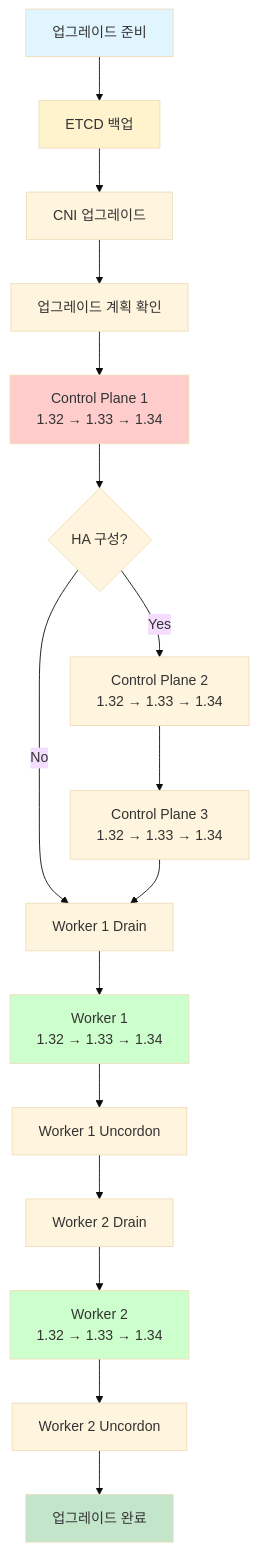
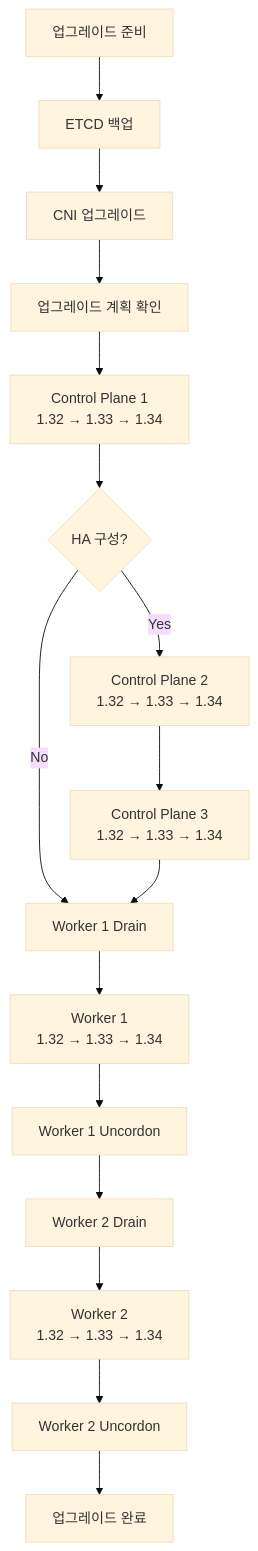
The eighth of 8 diagrams in docs/k8s-deploy/week3-kubeadm-upgrade.md (juwon8891/juwon8891.github.io), drawn with Mermaid (base theme) before and after one commit. The commit also changed other lines of this file and 18 other files, not shown here.

Commit message:
Remove bright colors from Mermaid diagrams for dark mode compatibility

````diff
--- a/docs/k8s-deploy/week3-kubeadm-upgrade.md
+++ b/docs/k8s-deploy/week3-kubeadm-upgrade.md
@@ -1052,29 +1032,23 @@
 ```mermaid
 flowchart TD
     A[업그레이드 준비] --> B["ETCD 백업"]
     B --> C["CNI 업그레이드"]
     C --> D[업그레이드 계획 확인]
 
     D --> E1["Control Plane 1<br>1.32 → 1.33 → 1.34"]
     E1 --> E2{"HA 구성?"}
     E2 -->|Yes| E3["Control Plane 2<br>1.32 → 1.33 → 1.34"]
     E2 -->|No| F1
     E3 --> E4["Control Plane 3<br>1.32 → 1.33 → 1.34"]
     E4 --> F1
 
     F1["Worker 1 Drain"] --> F2["Worker 1<br>1.32 → 1.33 → 1.34"]
     F2 --> F3["Worker 1 Uncordon"]
 
     F3 --> G1["Worker 2 Drain"]
     G1 --> G2["Worker 2<br>1.32 → 1.33 → 1.34"]
     G2 --> G3["Worker 2 Uncordon"]
 
     G3 --> H[업그레이드 완료]
 
-    style A fill:#e1f5ff
-    style H fill:#c3e6cb
-    style B fill:#fff3cd
-    style E1 fill:#ffcccc
-    style F2 fill:#ccffcc
-    style G2 fill:#ccffcc
 ```
````
